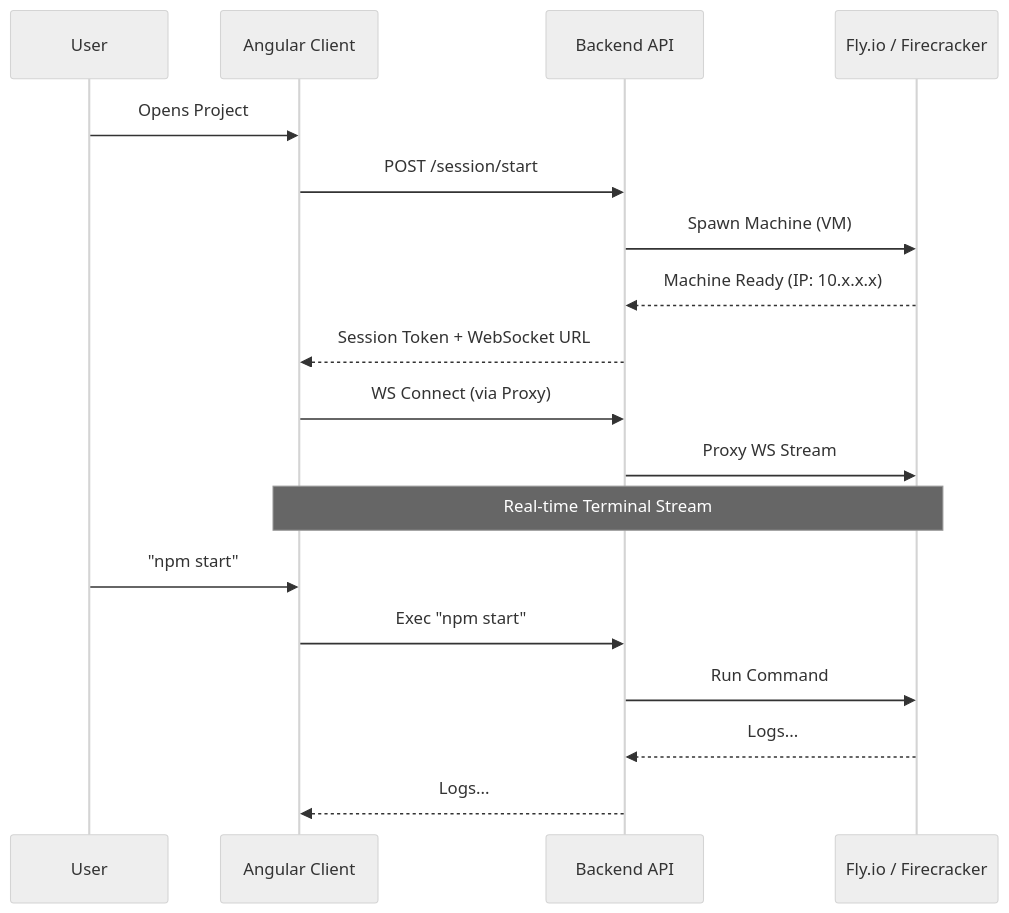
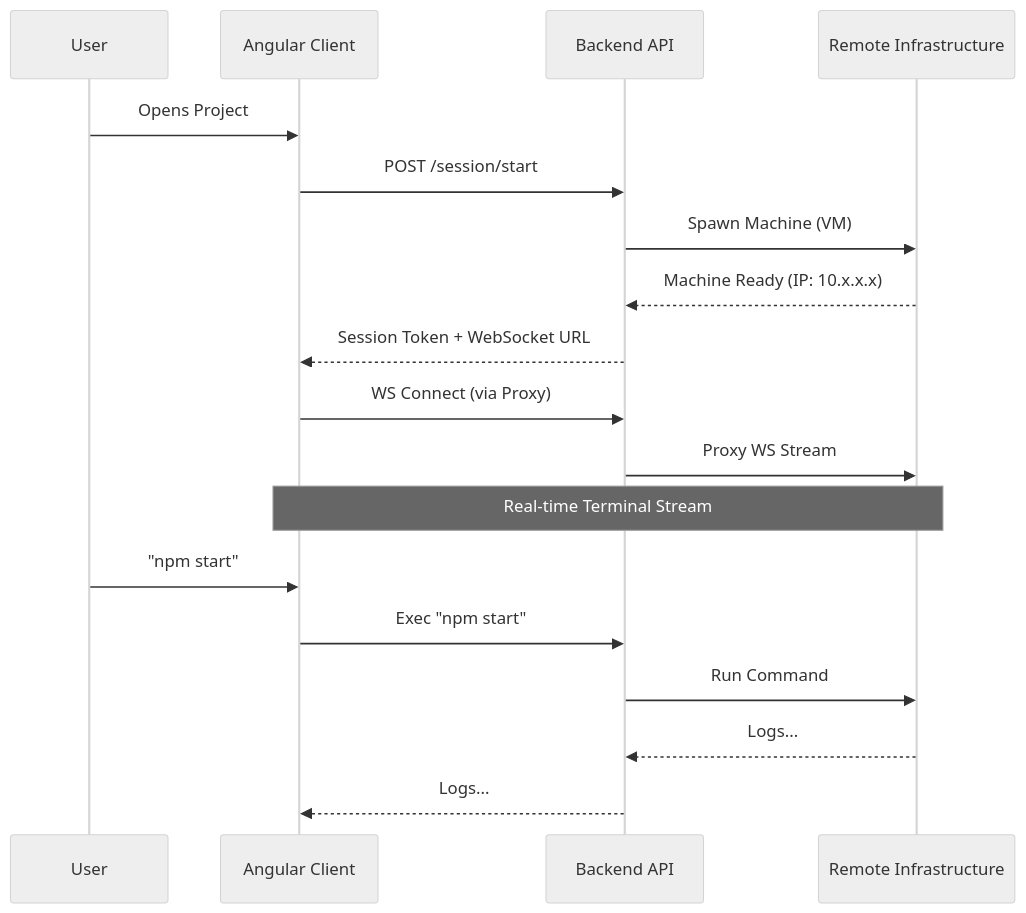
The fifth of 5 diagrams in roadmap/architecture-diagrams.md (BenjaminDobler/adorable), drawn with Mermaid (neutral theme) before and after one commit. The commit also changed other lines of this file and 2 other files, not shown here.

First line of the commit message:
docs: update architecture diagrams and fix docker exec on paused containers

````diff
--- a/roadmap/architecture-diagrams.md
+++ b/roadmap/architecture-diagrams.md
@@ -158,24 +180,24 @@
 ```mermaid
 sequenceDiagram
     participant User
     participant Angular as Angular Client
     participant API as Backend API
-    participant Fly as Fly.io / Firecracker
+    participant Fly as Remote Infrastructure
 
     User->>Angular: Opens Project
     Angular->>API: POST /session/start
     API->>Fly: Spawn Machine (VM)
     Fly-->>API: Machine Ready (IP: 10.x.x.x)
     API-->>Angular: Session Token + WebSocket URL
 
     Angular->>API: WS Connect (via Proxy)
     API->>Fly: Proxy WS Stream
     
     Note over Angular, Fly: Real-time Terminal Stream
 
     User->>Angular: "npm start"
     Angular->>API: Exec "npm start"
     API->>Fly: Run Command
     Fly-->>API: Logs...
     API-->>Angular: Logs...
 ```
````
